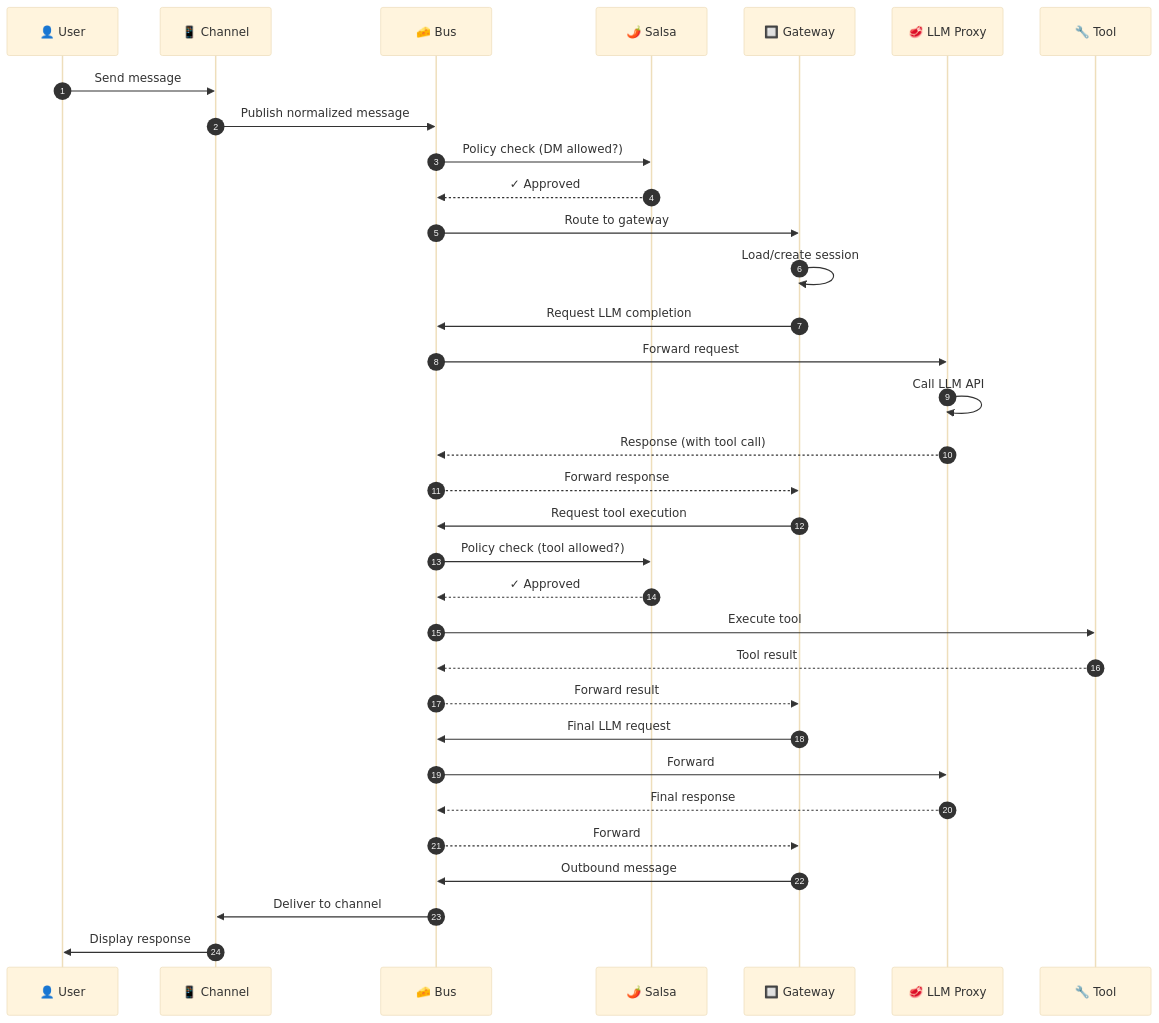
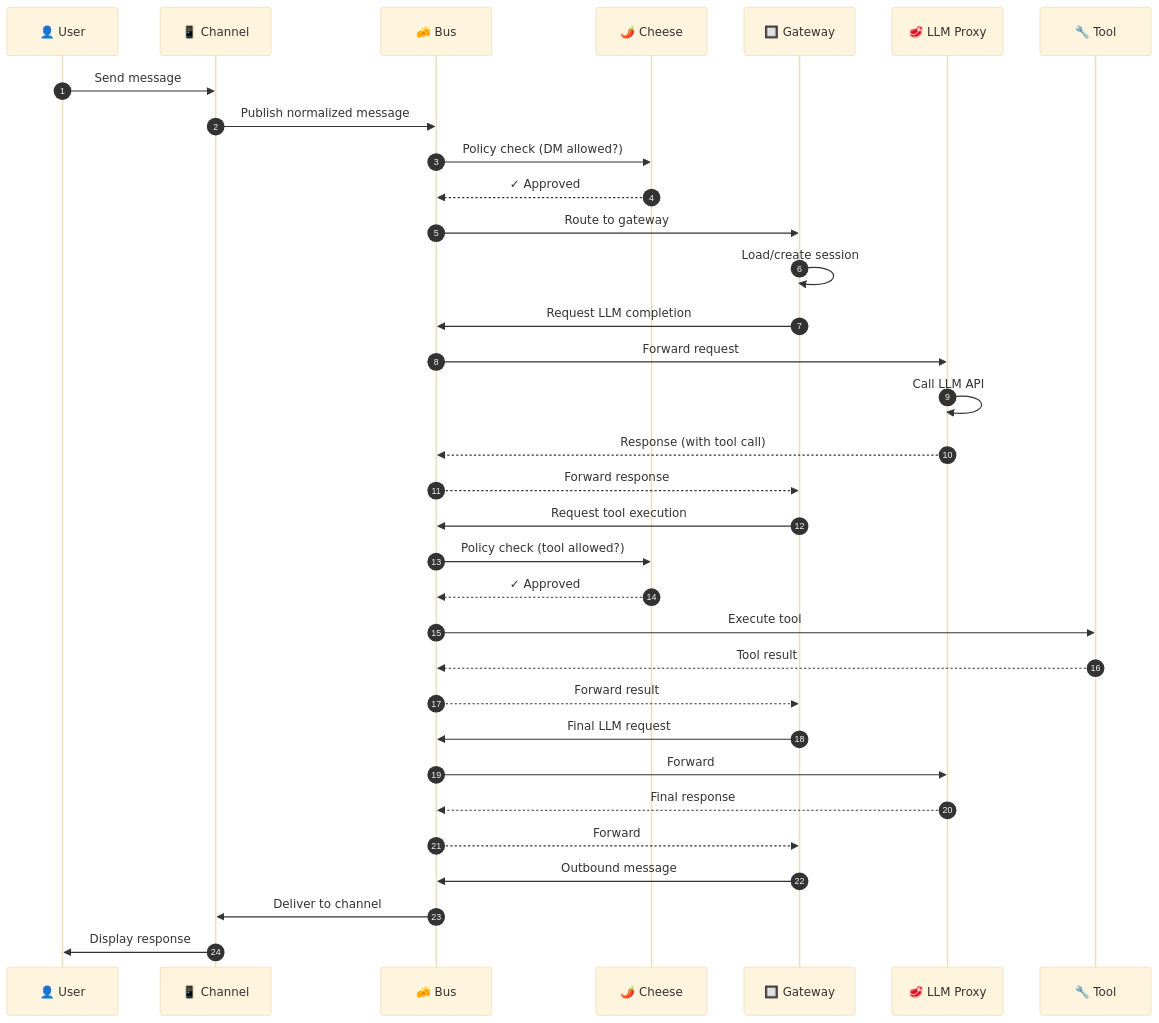
Before and after one commit to Nacho-Labs-LLC/nachos: the second of 10 diagrams in diagrams/architecture-diagrams.md, drawn with Mermaid (base theme). The commit also changed other lines of this file and 87 other files, not shown here.

````diff
--- a/diagrams/architecture-diagrams.md
+++ b/diagrams/architecture-diagrams.md
@@ -72,40 +72,40 @@
 ```mermaid
 sequenceDiagram
     autonumber
     participant U as 👤 User
     participant C as 📱 Channel
     participant B as 🧀 Bus
-    participant S as 🌶️ Salsa
+    participant S as 🌶️ Cheese
     participant G as 🔲 Gateway
     participant L as 🥩 LLM Proxy
     participant T as 🔧 Tool
 
     U->>C: Send message
     C->>B: Publish normalized message
     B->>S: Policy check (DM allowed?)
     S-->>B: ✓ Approved
     B->>G: Route to gateway
 
     G->>G: Load/create session
     G->>B: Request LLM completion
     B->>L: Forward request
     L->>L: Call LLM API
     L-->>B: Response (with tool call)
     B-->>G: Forward response
 
     G->>B: Request tool execution
     B->>S: Policy check (tool allowed?)
     S-->>B: ✓ Approved
     B->>T: Execute tool
     T-->>B: Tool result
     B-->>G: Forward result
 
     G->>B: Final LLM request
     B->>L: Forward
     L-->>B: Final response
     B-->>G: Forward
 
     G->>B: Outbound message
     B->>C: Deliver to channel
     C->>U: Display response
 ```
````
